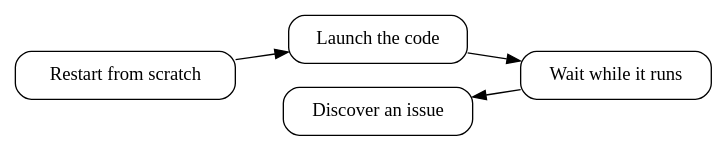
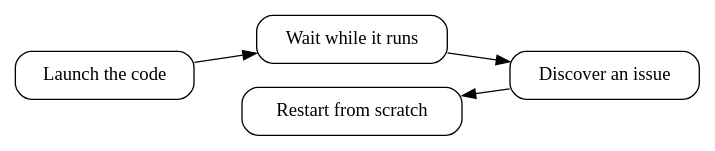
The fourth of 11 diagrams in intro-targets.qmd (JT-39/targets-coffee-code), drawn with Graphviz before and after one commit. The commit also changed other lines of this file and 1 other file, not shown here.

Commit message:
Added couple slides and reordered graph, also hex logo on title slide

````diff
--- a/intro-targets.qmd
+++ b/intro-targets.qmd
@@ -90,17 +92,17 @@
 ```{dot}
 digraph G {
     rankdir=LR;
     node [shape = box style=rounded color=transparent]
     edge [color=transparent]
     {
-        A[label="Restart from scratch" color=black]
-        B[label="Launch the code" color=black]
+        A[label="Launch the code" color=black]
+        B[label="Wait while it runs" color=black]
         C[label="Discover an issue" color=black]
-        D[label="Wait while it runs" color=black]
+        D[label="Restart from scratch" color=black]
     }
     A -> B [color=black]
-    A -> C [dir=back color=transparent]
-    B -> D [color=black]
-    C -> D [dir=back color=black]
+    A -> D [dir=back color=transparent]
+    B -> C [color=black]
+    D -> C [dir=back color=black]
 }
 ```
````
